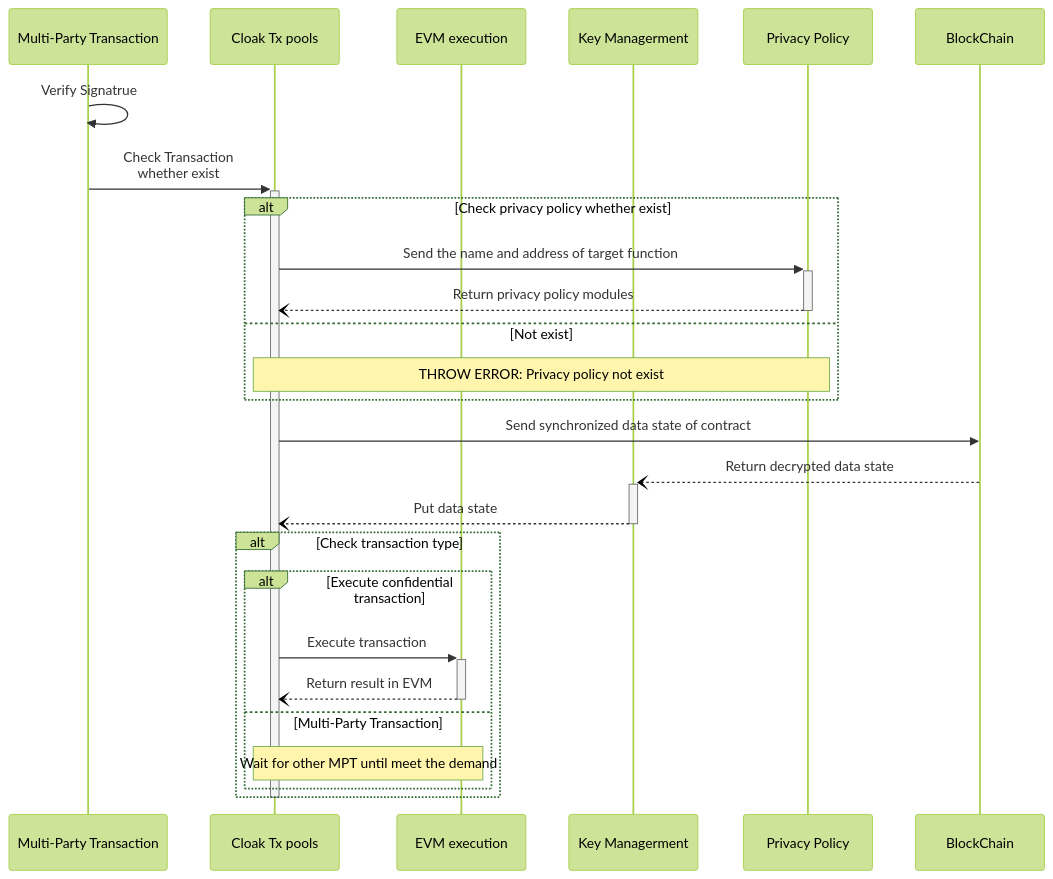
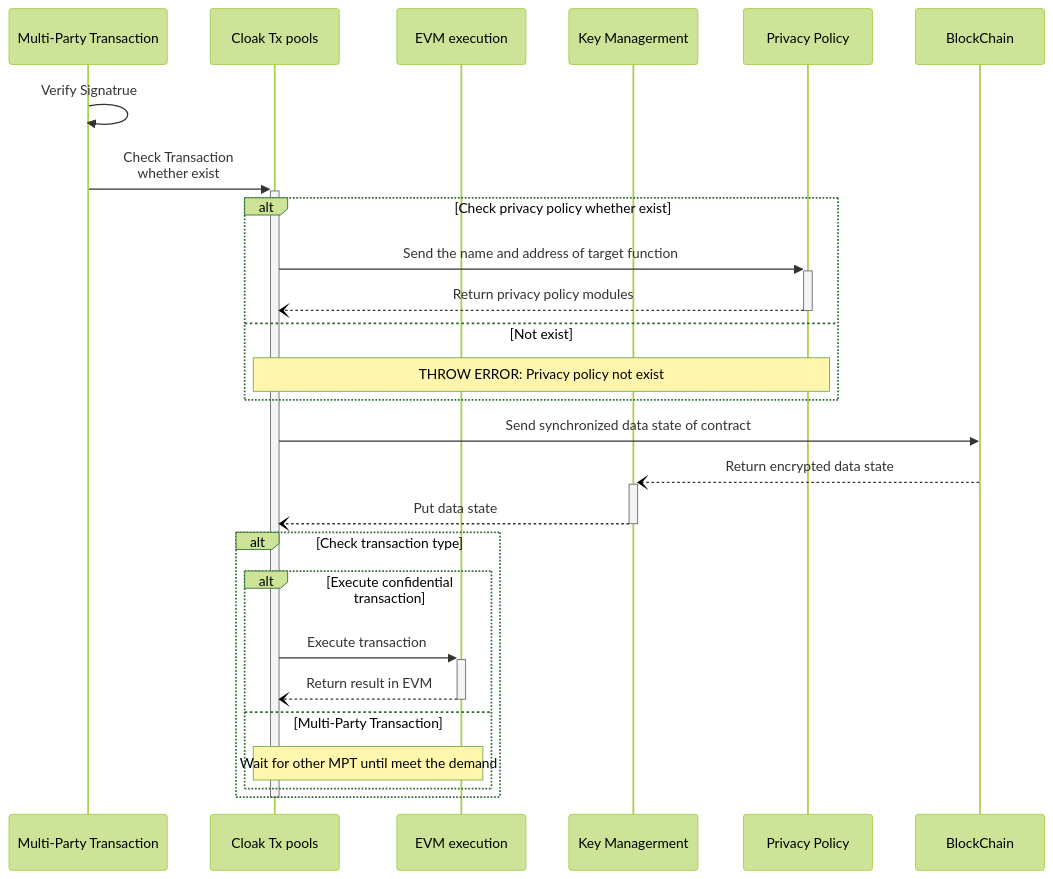
The diagram in docs/source/tee-blockchain-architecture/transaction-identity.mmd (OxHainan/cloak-docs), drawn with Mermaid (forest theme) before and after one commit. The commit also changed 3 other files, not shown here.

```diff
--- a/docs/source/tee-blockchain-architecture/transaction-identity.mmd
+++ b/docs/source/tee-blockchain-architecture/transaction-identity.mmd
@@ -1,28 +1,28 @@
 
 sequenceDiagram
     participant M as Multi-Party Transaction
     participant C as Cloak Tx pools
     participant E as EVM execution
     participant K as Key Managerment
     participant P as Privacy Policy
     participant B as BlockChain
     M ->> M: Verify Signatrue
     M ->>+ C: Check Transaction <br> whether exist
     alt Check privacy policy whether exist
         C ->>+ P: Send the name and address of target function
         P --)- C: Return privacy policy modules
     else Not exist
         Note over C,P: THROW ERROR: Privacy policy not exist
     end
     C ->> B: Send synchronized data state of contract
-    B --)+ K: Return decrypted data state
+    B --)+ K: Return encrypted data state
     K --)- C: Put data state
     alt Check transaction type
         alt Execute confidential transaction   
             C ->>+ E: Execute transaction
             E --)- C: Return result in EVM
         else Multi-Party Transaction
             Note over C,E: Wait for other MPT until meet the demand
         end
     end
     deactivate C
```
